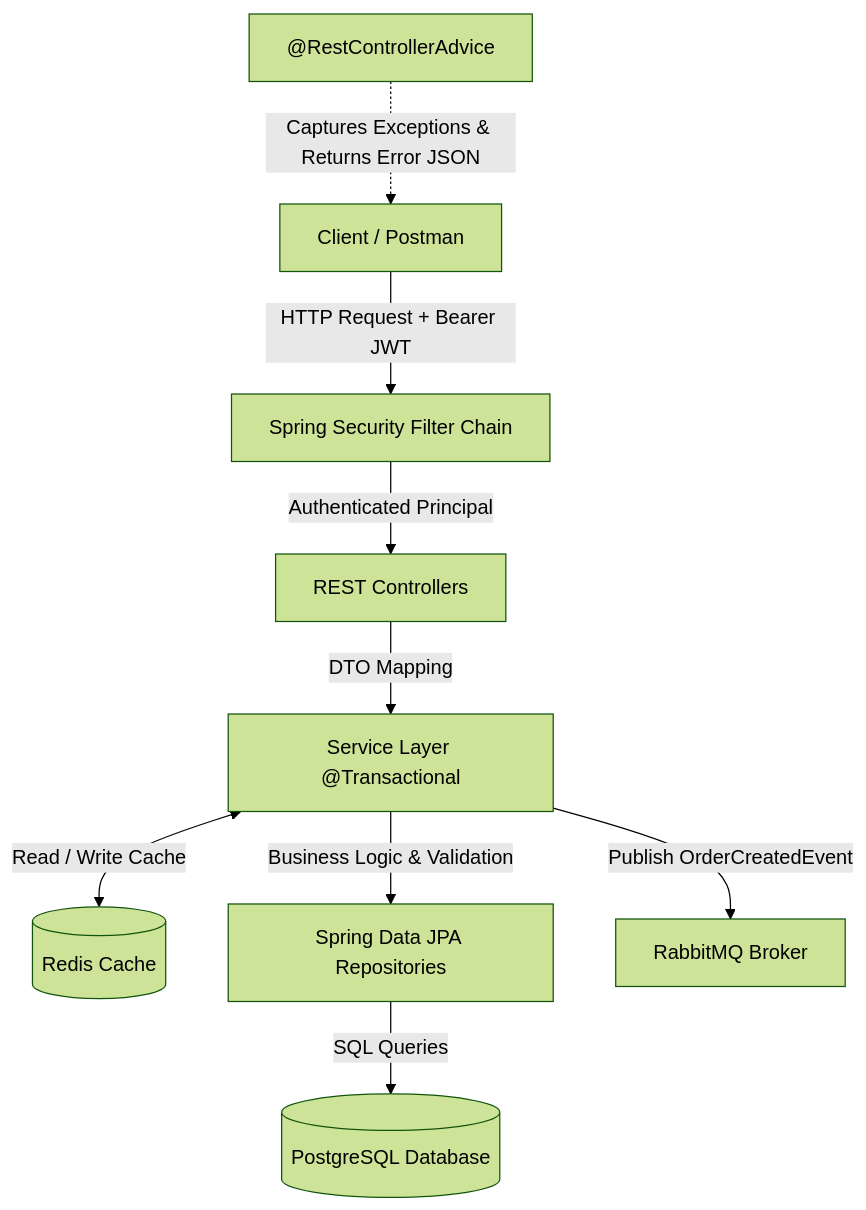
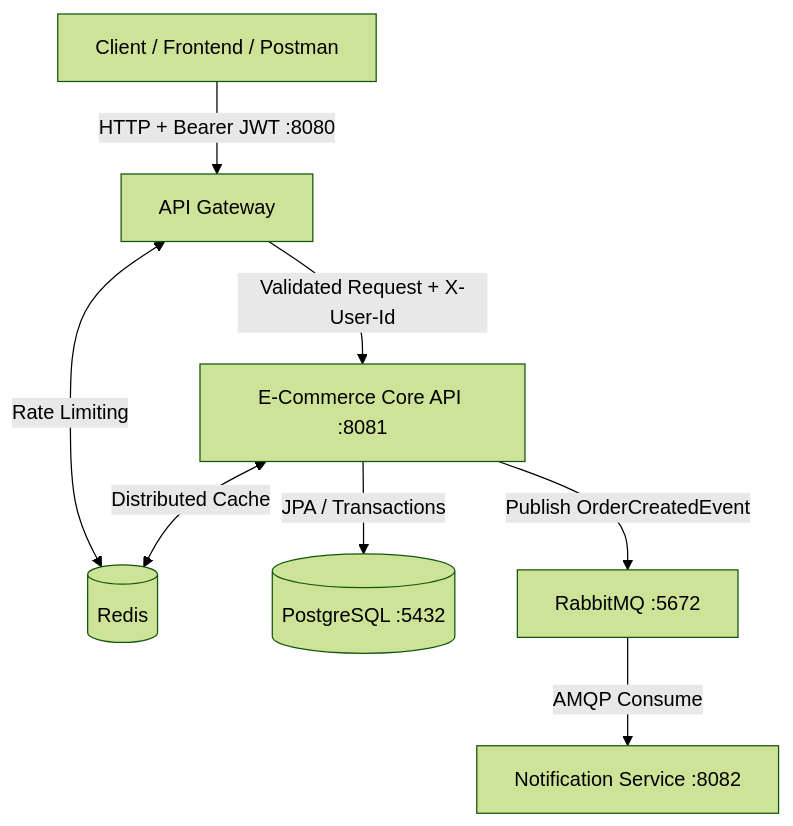
One commit to yusufkayiss/ecommerce-core-api changed the first of 2 diagrams in README.md. Above: the diagram before and after it, drawn with Mermaid (forest theme). The commit also changed other lines of this file, not shown here.

First line of the commit message:
Revise README for E-Commerce Microservices Platform

````diff
--- a/README.md
+++ b/README.md
@@ -28,14 +24,13 @@
 ```mermaid
 graph TD
-    Client[Client / Postman] -->|HTTP Request + Bearer JWT| Security[Spring Security Filter Chain]
-    Security -->|Authenticated Principal| Controller[REST Controllers]
-    Controller -->|DTO Mapping| Service["Service Layer @Transactional"]
+    Client[Client / Frontend / Postman] -->|HTTP + Bearer JWT :8080| Gateway[API Gateway]
     
-    Service <-->|Read / Write Cache| Redis[(Redis Cache)]
-    Service -->|Business Logic & Validation| Repo[Spring Data JPA Repositories]
-    Repo -->|SQL Queries| DB[(PostgreSQL Database)]
+    Gateway <-->|Rate Limiting| Redis[(Redis)]
+    Gateway -->|Validated Request + X-User-Id| CoreAPI[E-Commerce Core API :8081]
     
-    Service -->|Publish OrderCreatedEvent| Rabbit[RabbitMQ Broker]
+    CoreAPI <-->|Distributed Cache| Redis
+    CoreAPI -->|JPA / Transactions| DB[(PostgreSQL :5432)]
+    CoreAPI -->|Publish OrderCreatedEvent| Rabbit[RabbitMQ :5672]
     
-    GlobalHandler["@RestControllerAdvice"] -.->|Captures Exceptions & Returns Error JSON| Client
+    Rabbit -->|AMQP Consume| Notif[Notification Service :8082]
 ```
````
